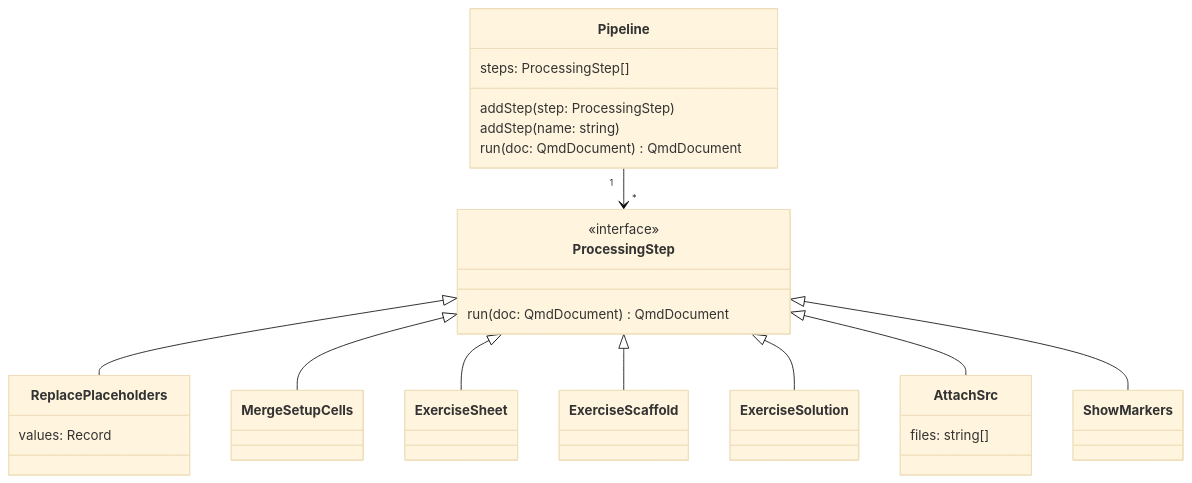
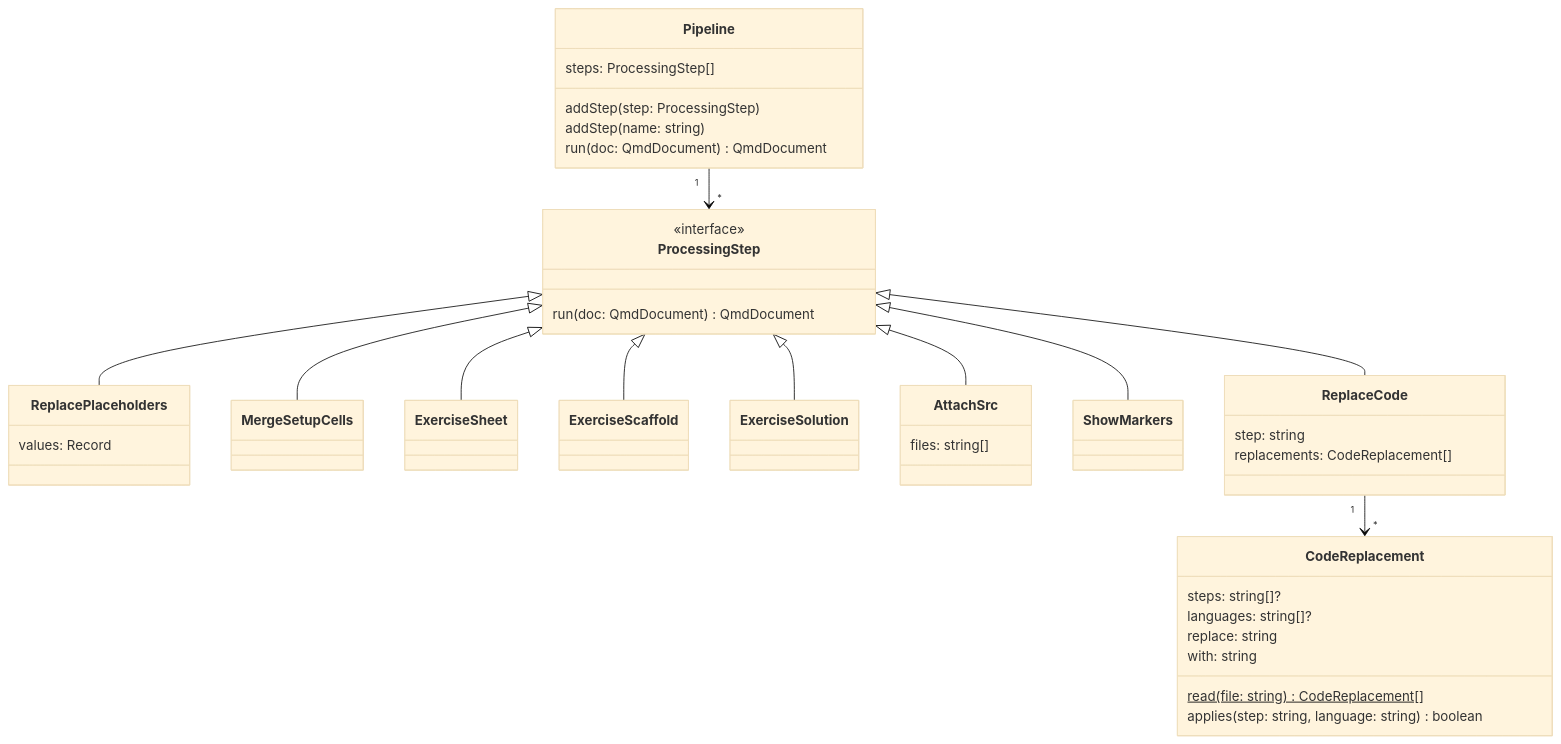
One commit to matthiasbaitsch/quarto-loi-moi changed the third of 6 diagrams in DESIGN.md. Above: the diagram before and after it, drawn with Mermaid (base theme). The commit also changed other lines of this file and 8 other files, not shown here.

First line of the commit message:
Code replacements per processing step and language

````diff
--- a/DESIGN.md
+++ b/DESIGN.md
@@ -127,28 +127,42 @@
 ```mermaid
 classDiagram
   direction TD
   Pipeline "1" --> "*" ProcessingStep
   ProcessingStep <|-- ReplacePlaceholders
   ProcessingStep <|-- MergeSetupCells
   ProcessingStep <|-- ExerciseSheet
   ProcessingStep <|-- ExerciseScaffold
   ProcessingStep <|-- ExerciseSolution
   ProcessingStep <|-- AttachSrc
   ProcessingStep <|-- ShowMarkers
+  ProcessingStep <|-- ReplaceCode
+  ReplaceCode "1" --> "*" CodeReplacement
   class Pipeline {
     steps: ProcessingStep[]
     addStep(step: ProcessingStep)
     addStep(name: string)
     run(doc: QmdDocument) QmdDocument
   }
   class ProcessingStep {
     <<interface>>
     run(doc: QmdDocument) QmdDocument
   }
   class ReplacePlaceholders {
     values: Record
   }
   class AttachSrc {
     files: string[]
   }
+  class ReplaceCode {
+    step: string
+    replacements: CodeReplacement[]
+  }
+  class CodeReplacement {
+    steps: string[]?
+    languages: string[]?
+    replace: string
+    with: string
+    read(file: string)$ CodeReplacement[]
+    applies(step: string, language: string) boolean
+  }
 ```
````
